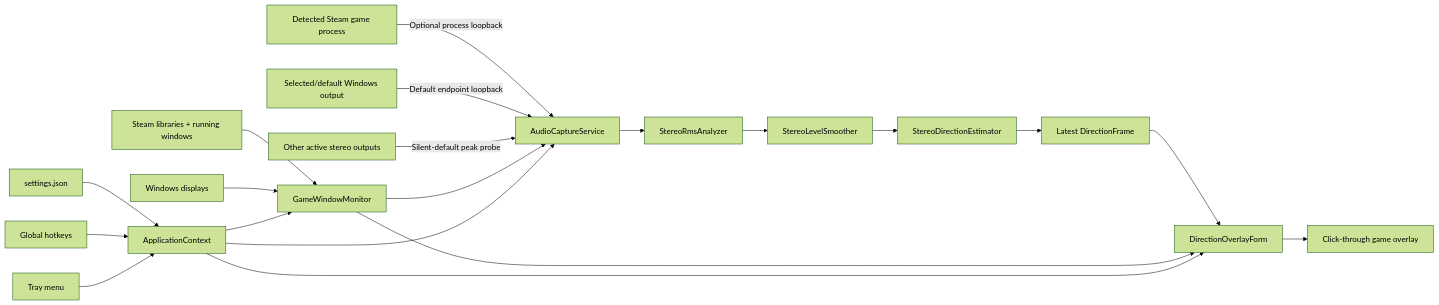
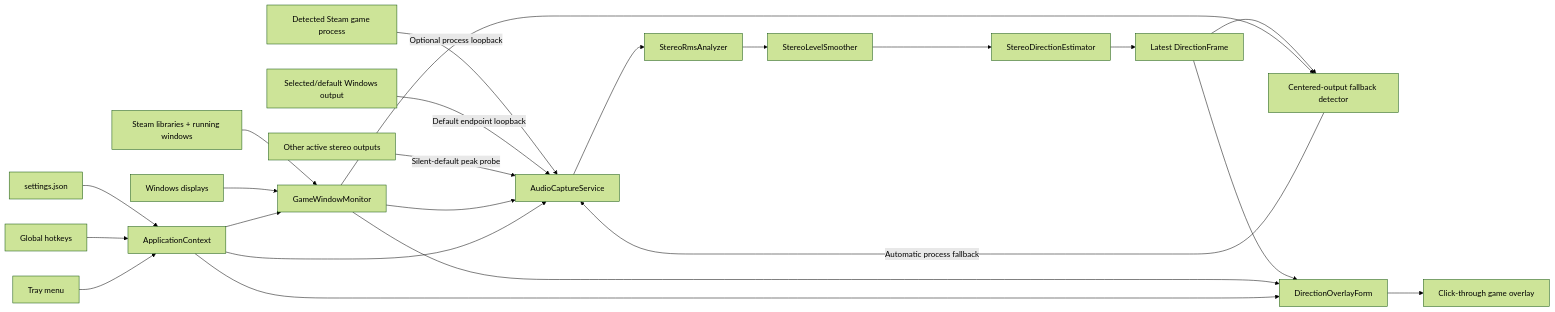
Before and after one commit to SamiKamara/SoundDirectionVisualizer: the diagram in docs/ARCHITECTURE.md, drawn with Mermaid (forest theme). The commit also changed other lines of this file and 11 other files, not shown here.

Commit message:
Add automatic centered-audio game fallback

````diff
--- a/docs/ARCHITECTURE.md
+++ b/docs/ARCHITECTURE.md
@@ -41,24 +42,27 @@
 ```mermaid
 flowchart LR
   GameAudio["Detected Steam game process"] -->|"Optional process loopback"| Capture["AudioCaptureService"]
   WindowsAudio["Selected/default Windows output"] -->|"Default endpoint loopback"| Capture
   OtherAudio["Other active stereo outputs"] -->|"Silent-default peak probe"| Capture
   Capture --> Samples["StereoRmsAnalyzer"]
   Samples --> Smooth["StereoLevelSmoother"]
   Smooth --> Estimate["StereoDirectionEstimator"]
   Estimate --> Latest["Latest DirectionFrame"]
+  Latest --> Centered["Centered-output fallback detector"]
   Latest --> Overlay["DirectionOverlayForm"]
   Overlay --> Game["Click-through game overlay"]
 
   Steam["Steam libraries + running windows"] --> Target["GameWindowMonitor"]
   Screens["Windows displays"] --> Target
   Target --> Overlay
   Target --> Capture
+  Target --> Centered
+  Centered -->|"Automatic process fallback"| Capture
 
   Settings["settings.json"] --> Coordinator["ApplicationContext"]
   Hotkeys["Global hotkeys"] --> Coordinator
   Tray["Tray menu"] --> Coordinator
   Coordinator --> Capture
   Coordinator --> Overlay
   Coordinator --> Target
 ```
````
